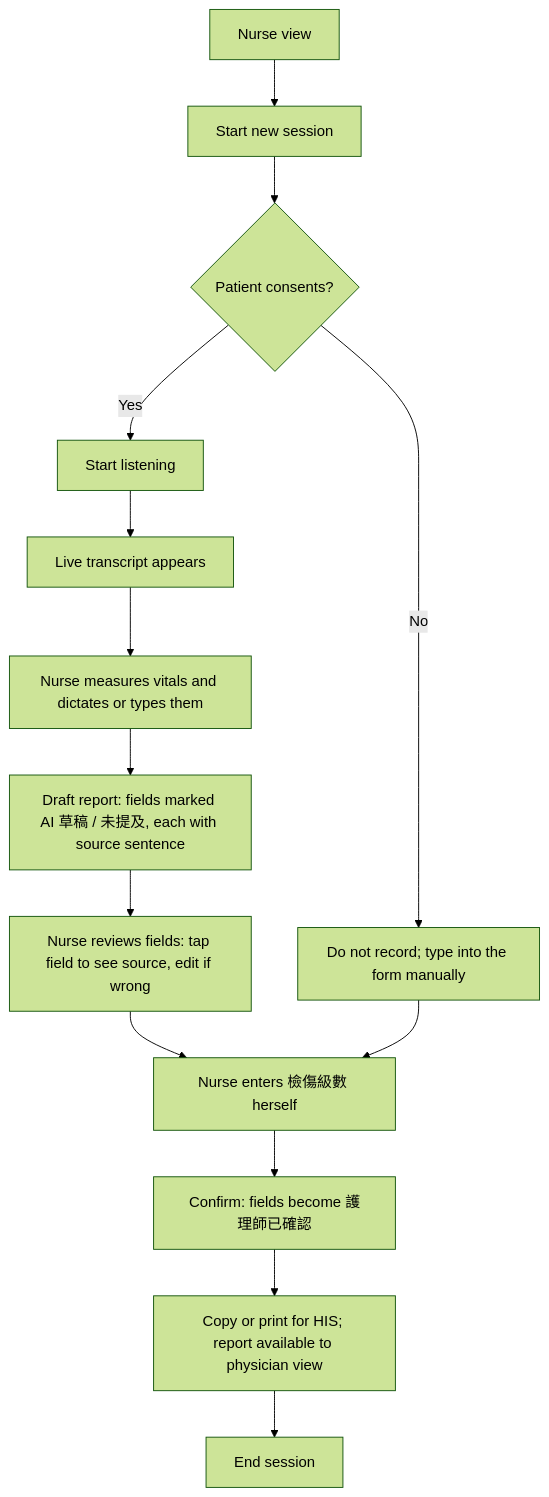
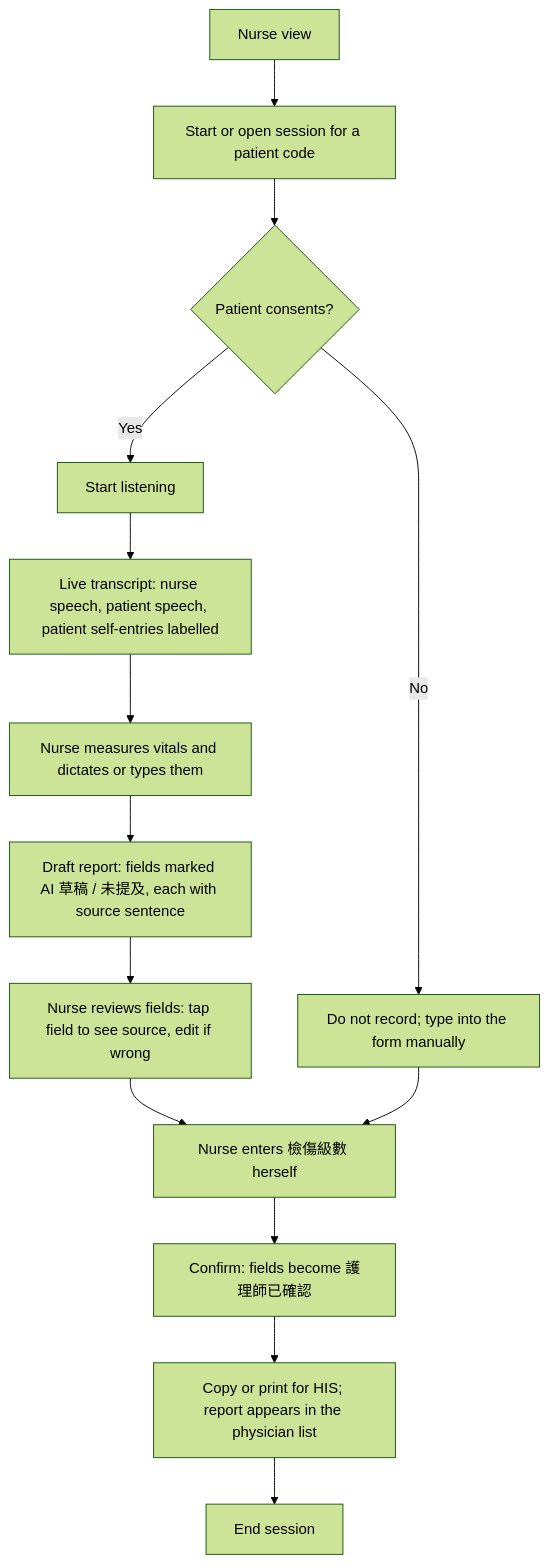
The third of 6 diagrams in docs/frontend/USER_FLOW.md (hwupu/115A-535527-AIDLC-Final), drawn with Mermaid (forest theme) before and after one commit. The commit also changed other lines of this file and 5 other files, not shown here.

First line of the commit message:
docs: update frontend docs for admin role, patient screen, list and API proposal (#20)

````diff
--- a/docs/frontend/USER_FLOW.md
+++ b/docs/frontend/USER_FLOW.md
@@ -23,16 +50,16 @@
 ```mermaid
 flowchart TD
-    S[Nurse view] --> NS[Start new session]
+    S[Nurse view] --> NS[Start or open session for a patient code]
     NS --> C{Patient consents?}
     C -->|No| X[Do not record; type into the form manually]
     C -->|Yes| R[Start listening]
-    R --> T[Live transcript appears]
+    R --> T[Live transcript: nurse speech, patient speech, patient self-entries labelled]
     T --> V[Nurse measures vitals and dictates or types them]
     V --> DR[Draft report: fields marked AI 草稿 / 未提及, each with source sentence]
     DR --> RV[Nurse reviews fields: tap field to see source, edit if wrong]
     RV --> LV[Nurse enters 檢傷級數 herself]
     LV --> CF[Confirm: fields become 護理師已確認]
-    CF --> OUT[Copy or print for HIS; report available to physician view]
+    CF --> OUT[Copy or print for HIS; report appears in the physician list]
     X --> LV
     OUT --> END[End session]
 ```
````
